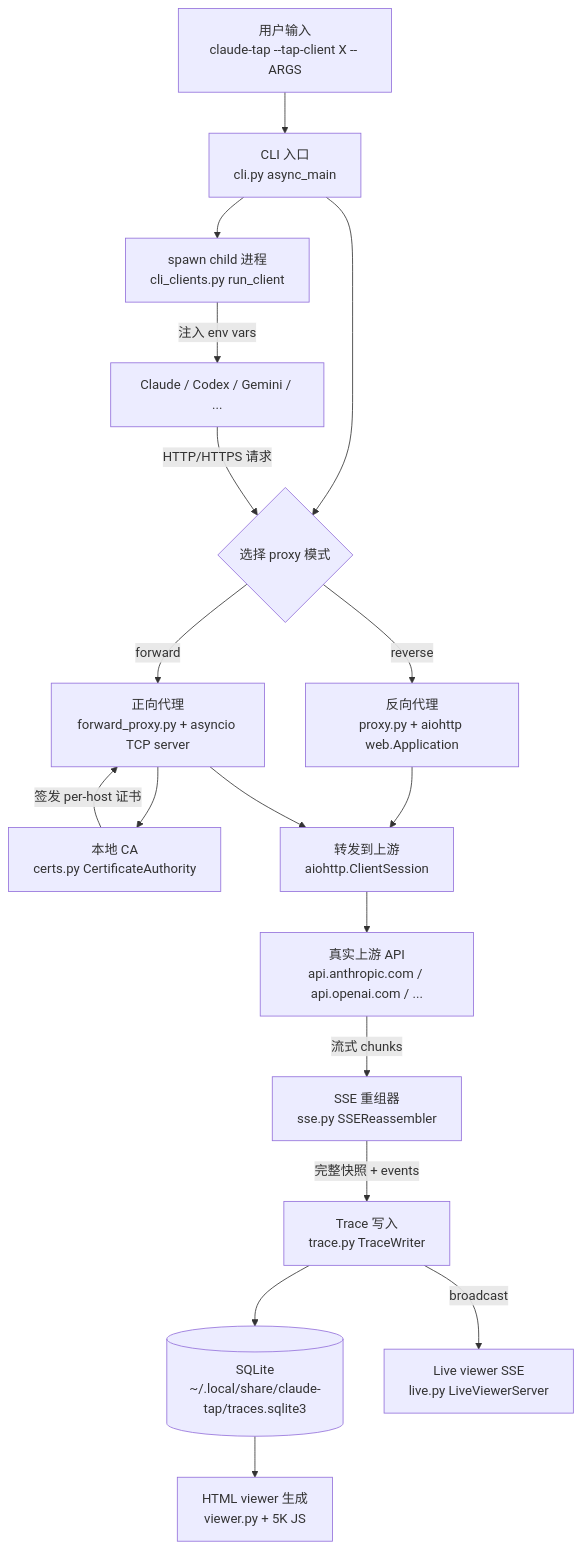
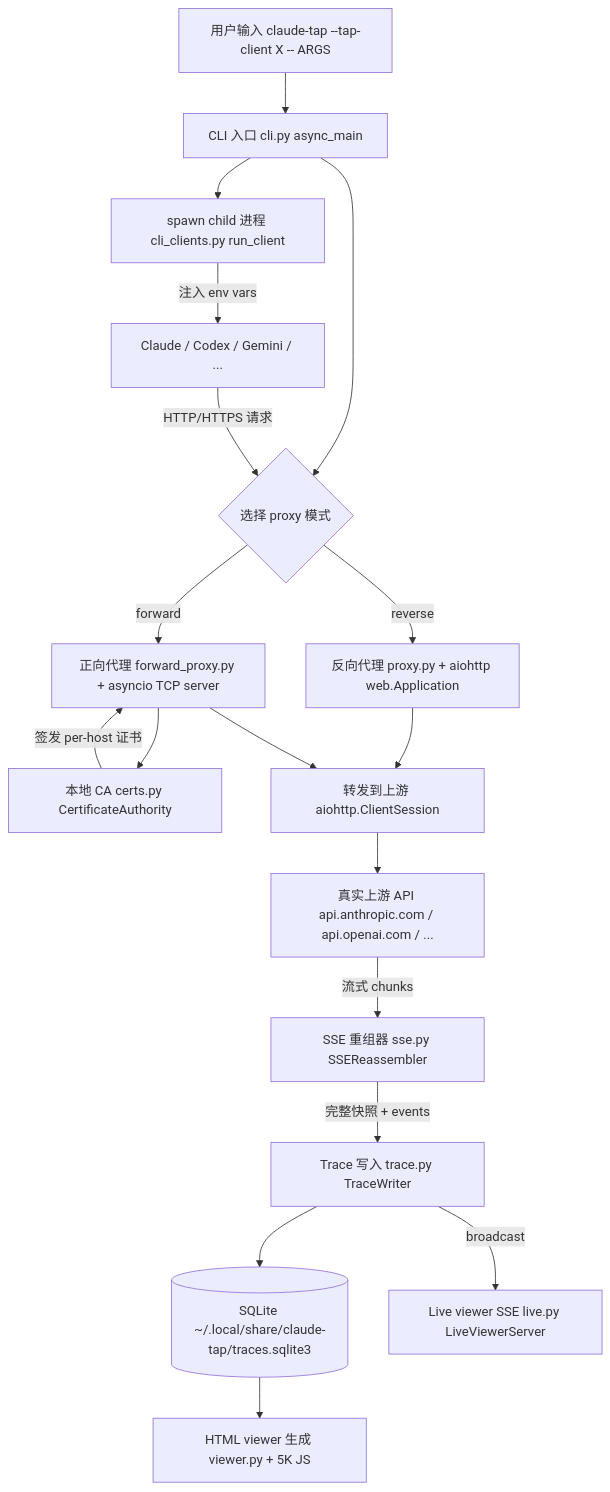
One commit to diguike/book-source-reading changed the diagram in book/04-claude-tap.md. Above: the diagram before and after it, drawn with Mermaid. The commit also changed other lines of this file and 10 other files, not shown here.

````diff
--- a/book/04-claude-tap.md
+++ b/book/04-claude-tap.md
@@ -136,20 +136,20 @@
 ```mermaid
 graph TB
-    A[用户输入<br/>claude-tap --tap-client X -- ARGS] --> B[CLI 入口<br/>cli.py async_main]
+    A[用户输入 claude-tap --tap-client X -- ARGS] --> B[CLI 入口 cli.py async_main]
     B --> C{选择 proxy 模式}
-    C -->|reverse| D[反向代理<br/>proxy.py + aiohttp web.Application]
-    C -->|forward| E[正向代理<br/>forward_proxy.py + asyncio TCP server]
-    E --> F[本地 CA<br/>certs.py CertificateAuthority]
+    C -->|reverse| D[反向代理 proxy.py + aiohttp web.Application]
+    C -->|forward| E[正向代理 forward_proxy.py + asyncio TCP server]
+    E --> F[本地 CA certs.py CertificateAuthority]
     F -->|签发 per-host 证书| E
-    B --> G[spawn child 进程<br/>cli_clients.py run_client]
+    B --> G[spawn child 进程 cli_clients.py run_client]
     G -->|注入 env vars| H[Claude / Codex / Gemini / ...]
     H -->|HTTP/HTTPS 请求| C
-    D --> I[转发到上游<br/>aiohttp.ClientSession]
+    D --> I[转发到上游 aiohttp.ClientSession]
     E --> I
-    I --> J[真实上游 API<br/>api.anthropic.com / api.openai.com / ...]
-    J -->|流式 chunks| K[SSE 重组器<br/>sse.py SSEReassembler]
-    K -->|完整快照 + events| L[Trace 写入<br/>trace.py TraceWriter]
-    L --> M[(SQLite<br/>~/.local/share/claude-tap/traces.sqlite3)]
-    L -->|broadcast| N[Live viewer SSE<br/>live.py LiveViewerServer]
-    M --> O[HTML viewer 生成<br/>viewer.py + 5K JS]
+    I --> J[真实上游 API api.anthropic.com / api.openai.com / ...]
+    J -->|流式 chunks| K[SSE 重组器 sse.py SSEReassembler]
+    K -->|完整快照 + events| L[Trace 写入 trace.py TraceWriter]
+    L --> M[(SQLite ~/.local/share/claude-tap/traces.sqlite3)]
+    L -->|broadcast| N[Live viewer SSE live.py LiveViewerServer]
+    M --> O[HTML viewer 生成 viewer.py + 5K JS]
 ```
````
